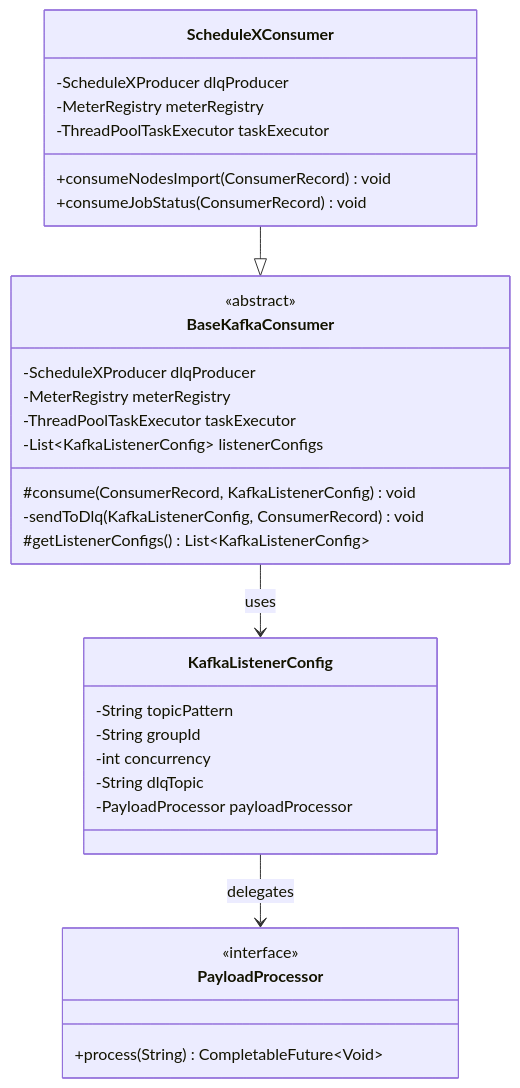
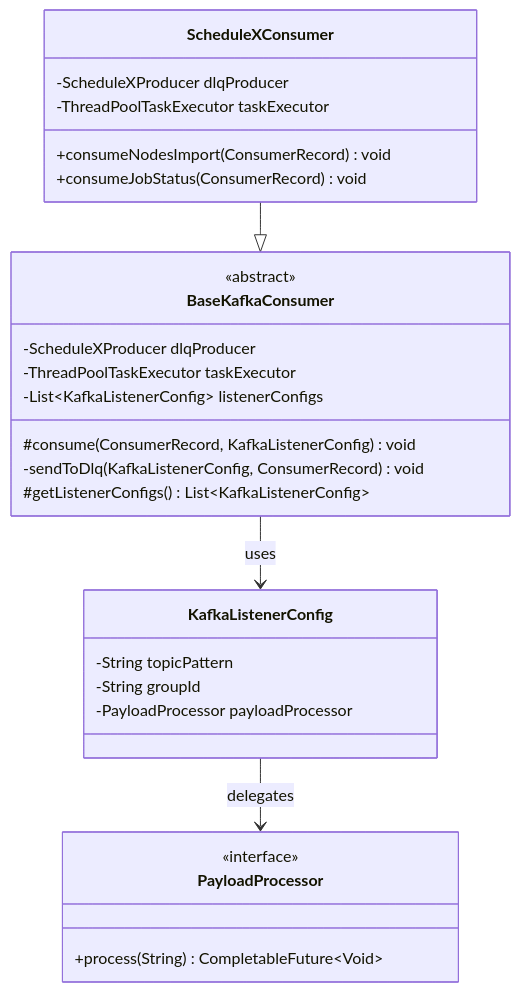
The fourth of 27 diagrams in docs/Low Level Designs/NodesImport.md (kagit00/schedule_x), drawn with Mermaid before and after one commit. The commit also changed other lines of this file and 7 other files, not shown here.

````diff
--- a/docs/Low Level Designs/NodesImport.md
+++ b/docs/Low Level Designs/NodesImport.md
@@ -218,38 +177,34 @@
 ```mermaid
 classDiagram
     class ScheduleXConsumer {
         -ScheduleXProducer dlqProducer
-        -MeterRegistry meterRegistry
         -ThreadPoolTaskExecutor taskExecutor
         +consumeNodesImport(ConsumerRecord) void
         +consumeJobStatus(ConsumerRecord) void
     }
     
     class BaseKafkaConsumer {
         <<abstract>>
         -ScheduleXProducer dlqProducer
-        -MeterRegistry meterRegistry
         -ThreadPoolTaskExecutor taskExecutor
         -List~KafkaListenerConfig~ listenerConfigs
         #consume(ConsumerRecord, KafkaListenerConfig) void
         -sendToDlq(KafkaListenerConfig, ConsumerRecord) void
         #getListenerConfigs() List~KafkaListenerConfig~
     }
     
     class KafkaListenerConfig {
         -String topicPattern
         -String groupId
-        -int concurrency
-        -String dlqTopic
         -PayloadProcessor payloadProcessor
     }
     
     class PayloadProcessor {
         <<interface>>
         +process(String) CompletableFuture~Void~
     }
     
     ScheduleXConsumer --|> BaseKafkaConsumer
     BaseKafkaConsumer --> KafkaListenerConfig : uses
     KafkaListenerConfig --> PayloadProcessor : delegates
 ```
````
